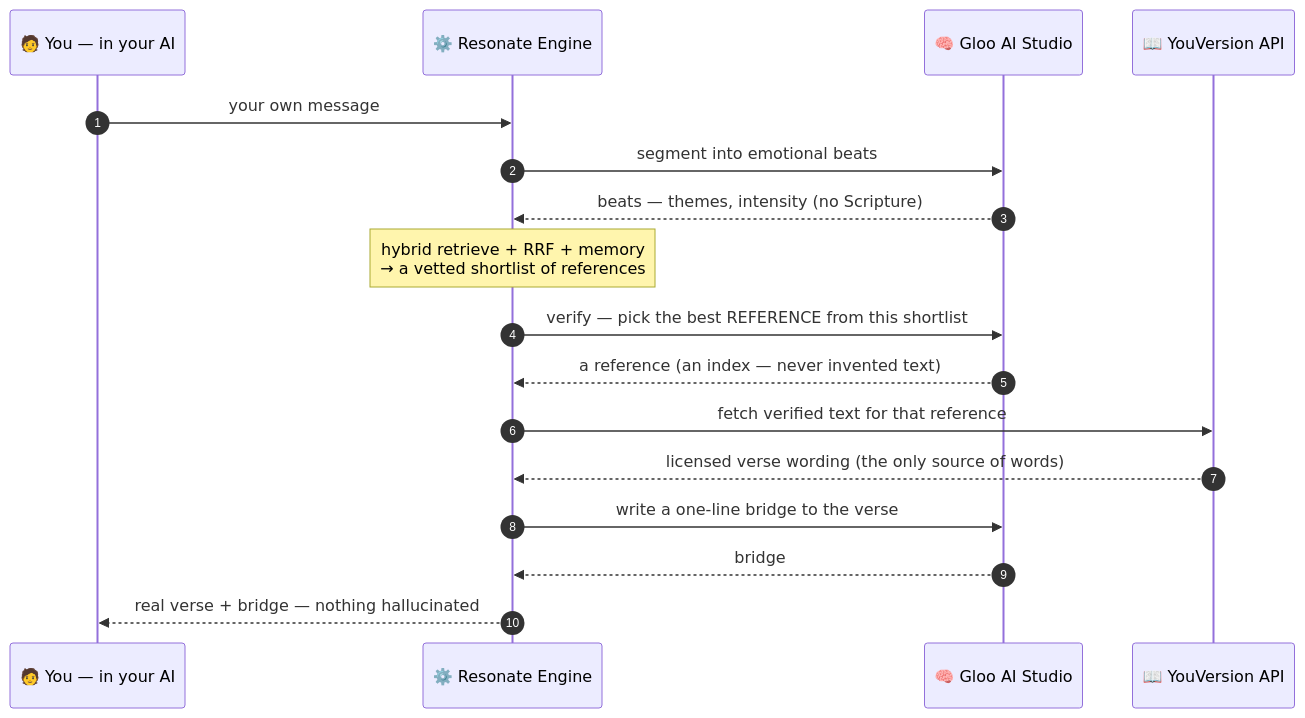
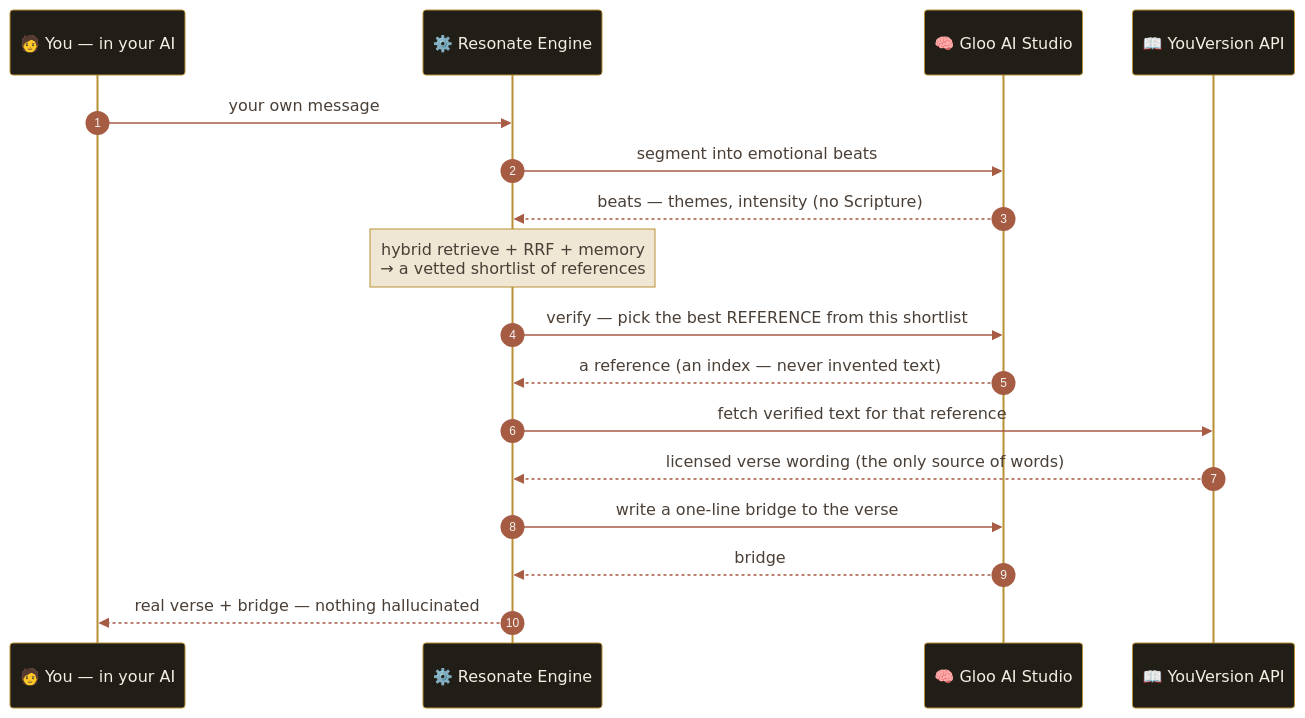
Before and after one commit to krizz711/resonate: the second of 3 diagrams in README.md, drawn with Mermaid. The commit also changed other lines of this file, not shown here.

First line of the commit message:
README: premium palette for all three Mermaid diagrams

````diff
--- a/README.md
+++ b/README.md
@@ -125,20 +142,21 @@
 ```mermaid
+%%{init: {'theme':'base','themeVariables':{'fontFamily':'Georgia, serif','actorBkg':'#211d17','actorBorder':'#b98f35','actorTextColor':'#f4efe3','signalColor':'#a65b43','signalTextColor':'#4a3f36','noteBkgColor':'#efe6d4','noteBorderColor':'#b98f35','noteTextColor':'#4a3f36','activationBkgColor':'#e3d7c4','activationBorderColor':'#a65b43'}}}%%
 sequenceDiagram
     autonumber
     participant U as 🧑 You — in your AI
     participant E as ⚙️ Resonate Engine
     participant G as 🧠 Gloo AI Studio
     participant Y as 📖 YouVersion API
 
     U->>E: your own message
     E->>G: segment into emotional beats
     G-->>E: beats — themes, intensity (no Scripture)
     Note over E: hybrid retrieve + RRF + memory<br/>→ a vetted shortlist of references
     E->>G: verify — pick the best REFERENCE from this shortlist
     G-->>E: a reference (an index — never invented text)
     E->>Y: fetch verified text for that reference
     Y-->>E: licensed verse wording (the only source of words)
     E->>G: write a one-line bridge to the verse
     G-->>E: bridge
     E-->>U: real verse + bridge — nothing hallucinated
 ```
````
